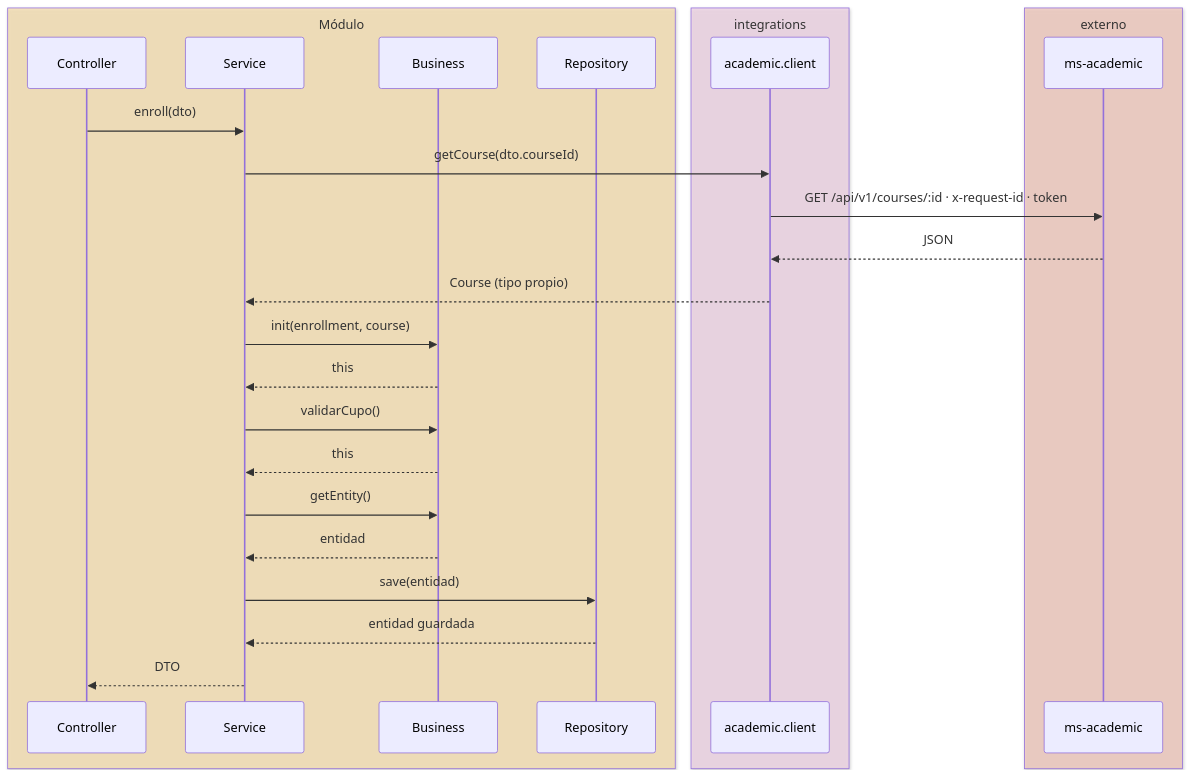
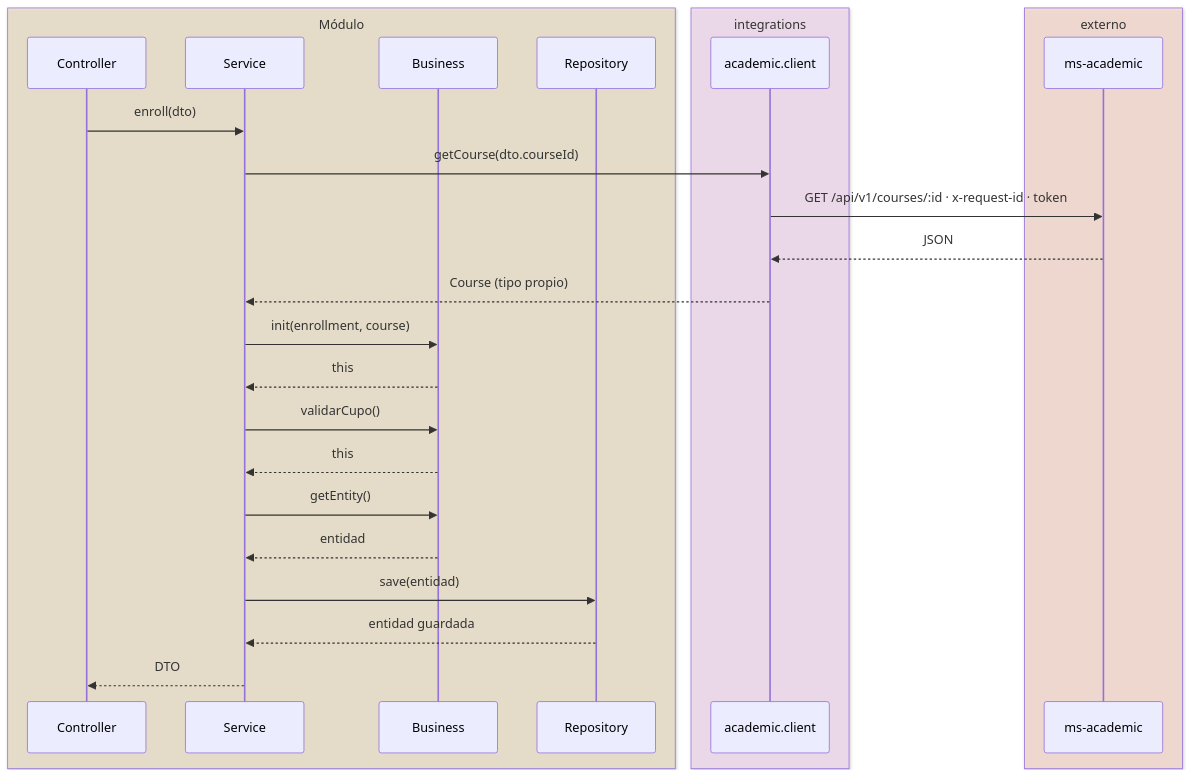
One commit to pcarroza91/nest-template changed diagram 12 of 15 in docs/architecture/modular-microservice.md. Above: the diagram before and after it, drawn with Mermaid. The commit also changed other lines of this file and 2 other files, not shown here.

First line of the commit message:
docs(architecture): colores por capa y componente en los diagramas Mermaid

````diff
--- a/docs/architecture/modular-microservice.md
+++ b/docs/architecture/modular-microservice.md
@@ -740,30 +768,30 @@
 ```mermaid
 sequenceDiagram
-    box rgba(253,224,163,0.6) Módulo
+    box rgba(239,226,192,0.6) Módulo
         participant C as Controller
         participant S as Service
         participant B as Business
         participant R as Repository
     end
-    box rgba(244,208,230,0.6) integrations
+    box rgba(249,217,244,0.6) integrations
         participant O as academic.client
     end
-    box rgba(246,193,178,0.6) externo
+    box rgba(255,217,203,0.6) externo
         participant X as ms-academic
     end
 
     C->>S: enroll(dto)
     S->>O: getCourse(dto.courseId)
     O->>X: GET /api/v1/courses/:id · x-request-id · token
     X-->>O: JSON
     O-->>S: Course (tipo propio)
     S->>B: init(enrollment, course)
     B-->>S: this
     S->>B: validarCupo()
     B-->>S: this
     S->>B: getEntity()
     B-->>S: entidad
     S->>R: save(entidad)
     R-->>S: entidad guardada
     S-->>C: DTO
 ```
````
